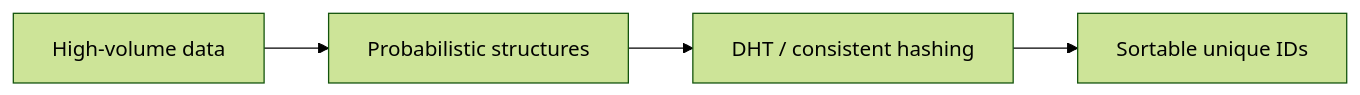
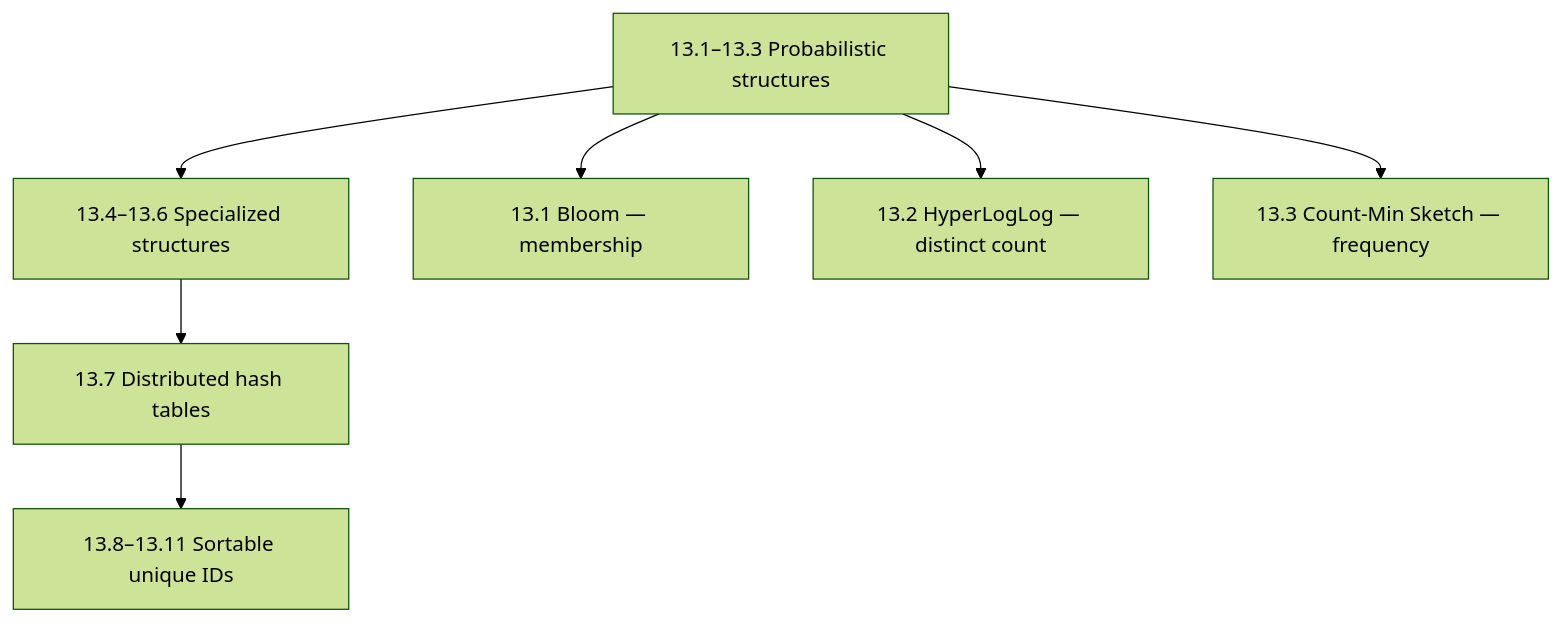
The first of 19 diagrams in 13-advanced-topics/README.md (hareramcse/SystemDesign), drawn with Mermaid (forest theme) before and after one commit. The commit also changed other lines of this file, not shown here.

````diff
--- a/13-advanced-topics/README.md
+++ b/13-advanced-topics/README.md
@@ -28,6 +18,9 @@
 ```mermaid
-flowchart LR
-    Stream[High-volume data] --> Prob[Probabilistic structures]
-    Prob --> Route[DHT / consistent hashing]
-    Route --> IDs[Sortable unique IDs]
+flowchart TB
+    Prob[13.1–13.3 Probabilistic structures] --> Struct[13.4–13.6 Specialized structures]
+    Struct --> DHT[13.7 Distributed hash tables]
+    DHT --> IDs[13.8–13.11 Sortable unique IDs]
+    Prob --> BF[13.1 Bloom — membership]
+    Prob --> HLL[13.2 HyperLogLog — distinct count]
+    Prob --> CMS[13.3 Count-Min Sketch — frequency]
 ```
````
